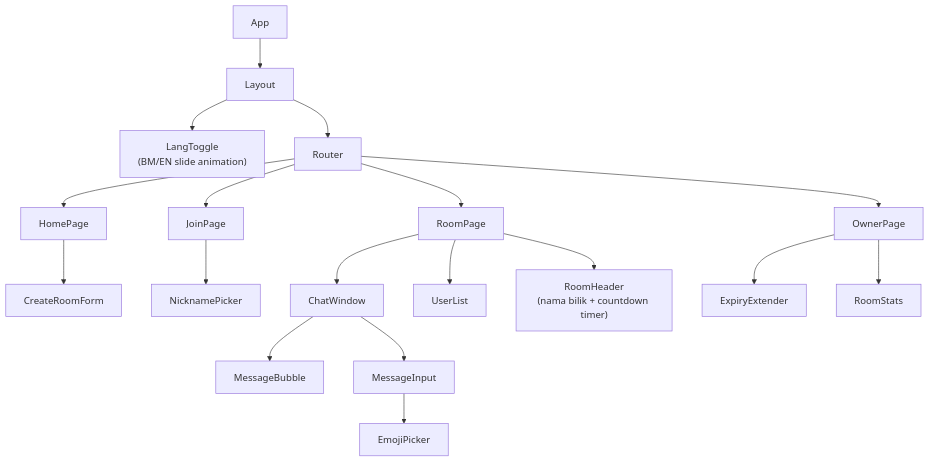
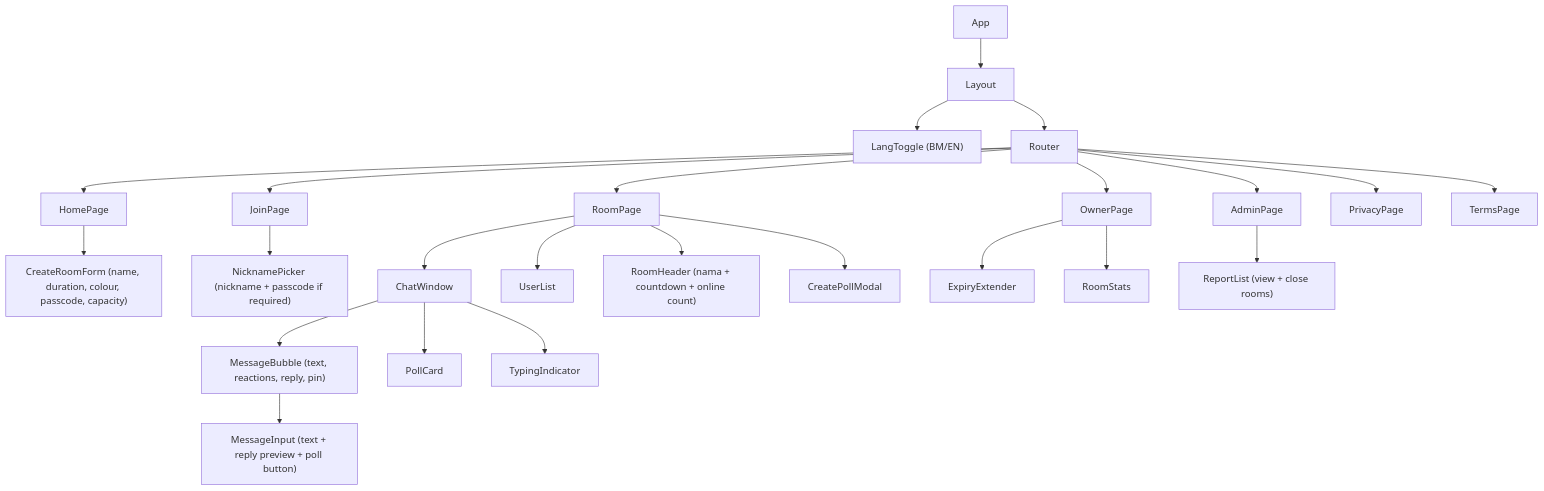
One commit to snsyaqirah/KacipLuhh changed the seventh of 13 diagrams in README.md. Above: the diagram before and after it, drawn with Mermaid. The commit also changed other lines of this file, not shown here.

````diff
--- a/README.md
+++ b/README.md
@@ -281,25 +319,32 @@
 ```mermaid
 graph TD
     App --> Layout
-    Layout --> LangToggle["LangToggle\n(BM/EN slide animation)"]
+    Layout --> LangToggle["LangToggle (BM/EN)"]
     Layout --> Router
 
     Router --> HomePage
     Router --> JoinPage
     Router --> RoomPage
     Router --> OwnerPage
+    Router --> AdminPage
+    Router --> PrivacyPage
+    Router --> TermsPage
 
-    HomePage --> CreateRoomForm
-    JoinPage --> NicknamePicker
+    HomePage --> CreateRoomForm["CreateRoomForm (name, duration, colour, passcode, capacity)"]
+    JoinPage --> NicknamePicker["NicknamePicker (nickname + passcode if required)"]
 
     RoomPage --> ChatWindow
     RoomPage --> UserList
-    RoomPage --> RoomHeader["RoomHeader\n(nama bilik + countdown timer)"]
+    RoomPage --> RoomHeader["RoomHeader (nama + countdown + online count)"]
+    RoomPage --> CreatePollModal
 
-    ChatWindow --> MessageBubble
-    ChatWindow --> MessageInput
-    MessageInput --> EmojiPicker
+    ChatWindow --> MessageBubble["MessageBubble (text, reactions, reply, pin)"]
+    ChatWindow --> PollCard
+    ChatWindow --> TypingIndicator
+    MessageBubble --> MessageInput["MessageInput (text + reply preview + poll button)"]
 
     OwnerPage --> ExpiryExtender
     OwnerPage --> RoomStats
+
+    AdminPage --> ReportList["ReportList (view + close rooms)"]
 ```
````
